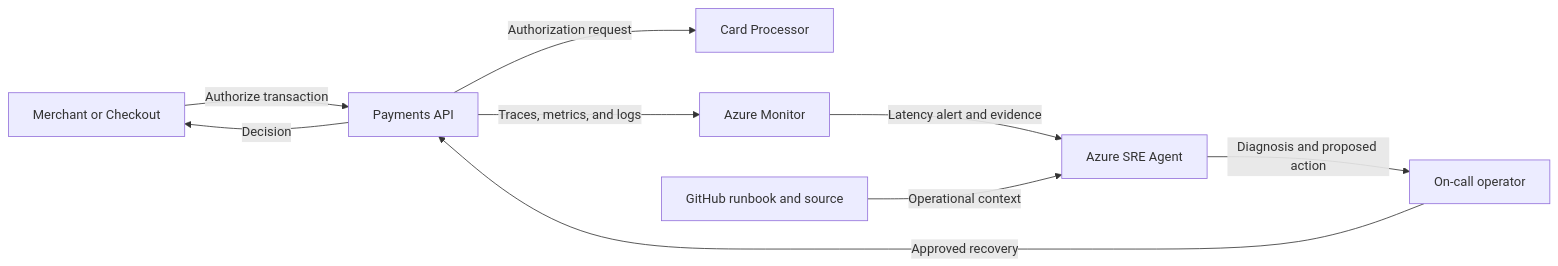
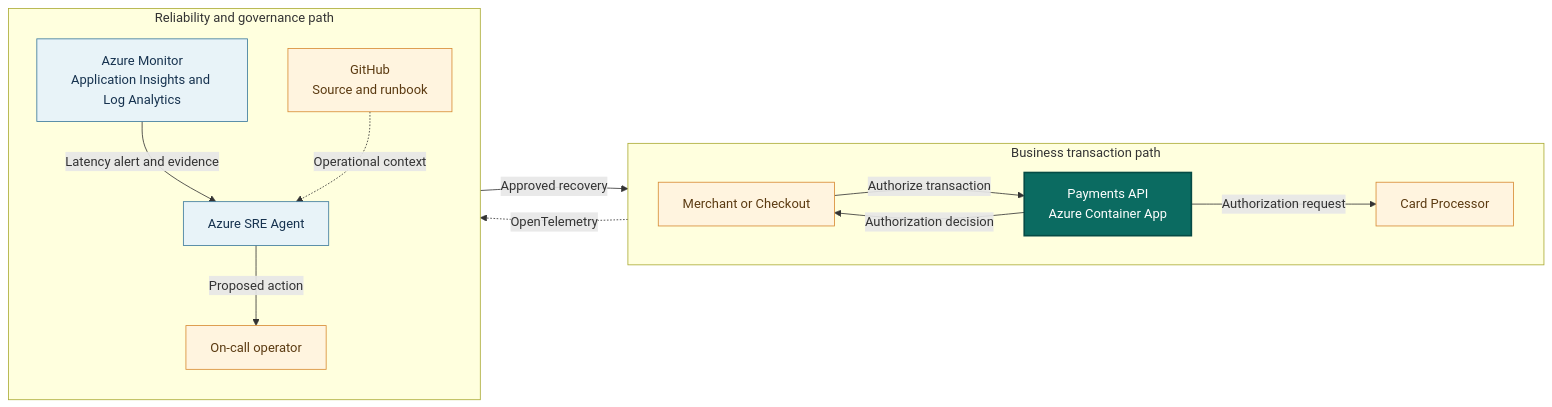
Before and after one commit to KrishnaDistributedcomputing/SREAgentEnterpriseShowcase: the diagram in runbooks/payments-api.md, drawn with Mermaid. The commit also changed other lines of this file and 14 other files, not shown here.

First line of the commit message:
docs(docs): refine system context diagrams

````diff
--- a/runbooks/payments-api.md
+++ b/runbooks/payments-api.md
@@ -33,11 +33,33 @@
 ```mermaid
 flowchart LR
-    Merchant[Merchant or Checkout] -->|Authorize transaction| App[Payments API]
-    App -->|Authorization request| Dependency[Card Processor]
-    App -->|Decision| Merchant
-    App -->|Traces, metrics, and logs| Monitor[Azure Monitor]
-    Monitor -->|Latency alert and evidence| Agent[Azure SRE Agent]
-    Runbook[GitHub runbook and source] -->|Operational context| Agent
-    Agent -->|Diagnosis and proposed action| Operator[On-call operator]
-    Operator -->|Approved recovery| App
+    subgraph Business["Business transaction path"]
+        direction LR
+        Merchant["Merchant or Checkout"]
+        App["Payments API<br/>Azure Container App"]
+        Processor["Card Processor"]
+        Merchant -->|"Authorize transaction"| App
+        App -->|"Authorization request"| Processor
+        App -->|"Authorization decision"| Merchant
+    end
+
+    subgraph Operations["Reliability and governance path"]
+        direction TB
+        Monitor["Azure Monitor<br/>Application Insights and Log Analytics"]
+        Agent["Azure SRE Agent"]
+        Operator["On-call operator"]
+        Repository["GitHub<br/>Source and runbook"]
+        Monitor -->|"Latency alert and evidence"| Agent
+        Repository -.->|"Operational context"| Agent
+        Agent -->|"Proposed action"| Operator
+    end
+
+    App -.->|"OpenTelemetry"| Monitor
+    Operator -->|"Approved recovery"| App
+
+    classDef application fill:#0b6b61,color:#ffffff,stroke:#064b45,stroke-width:2px
+    classDef azure fill:#e8f3f8,color:#16324f,stroke:#39789b
+    classDef external fill:#fff4df,color:#5b3a11,stroke:#d78a32
+    class App application
+    class Monitor,Agent azure
+    class Merchant,Processor,Operator,Repository external
 ```
````
